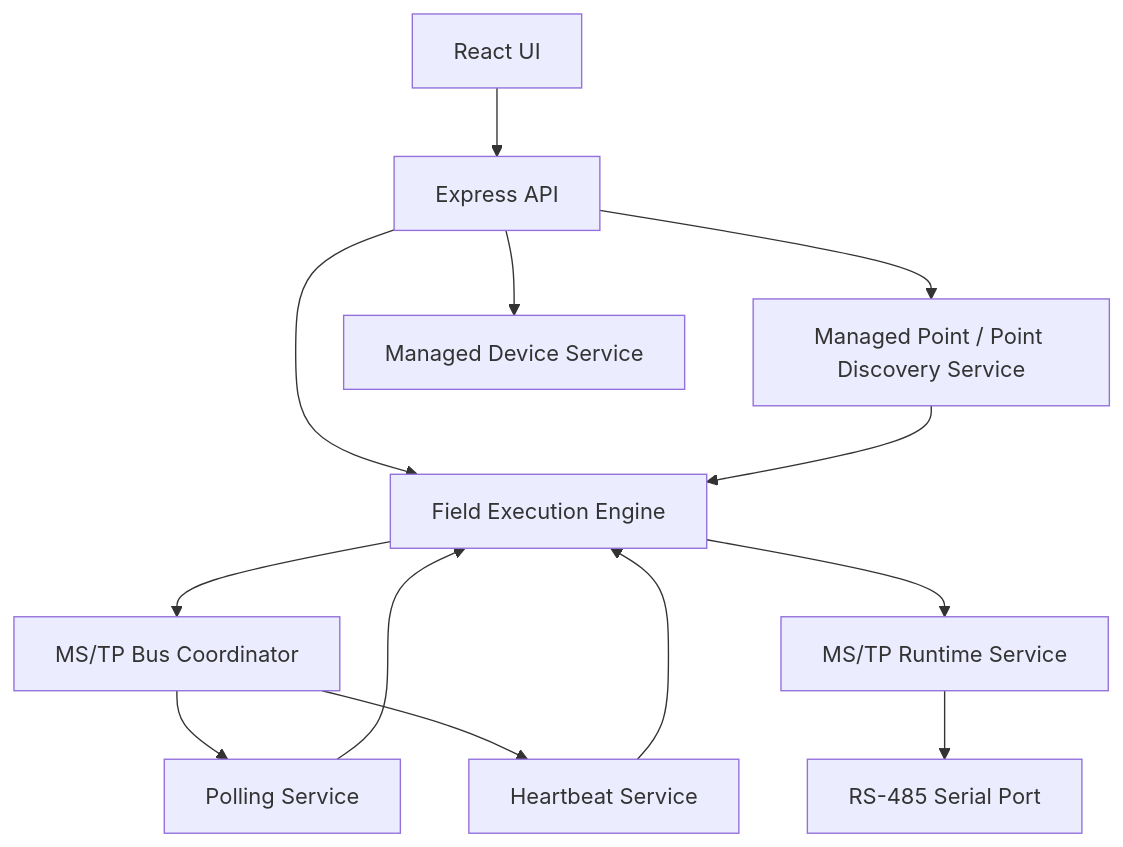
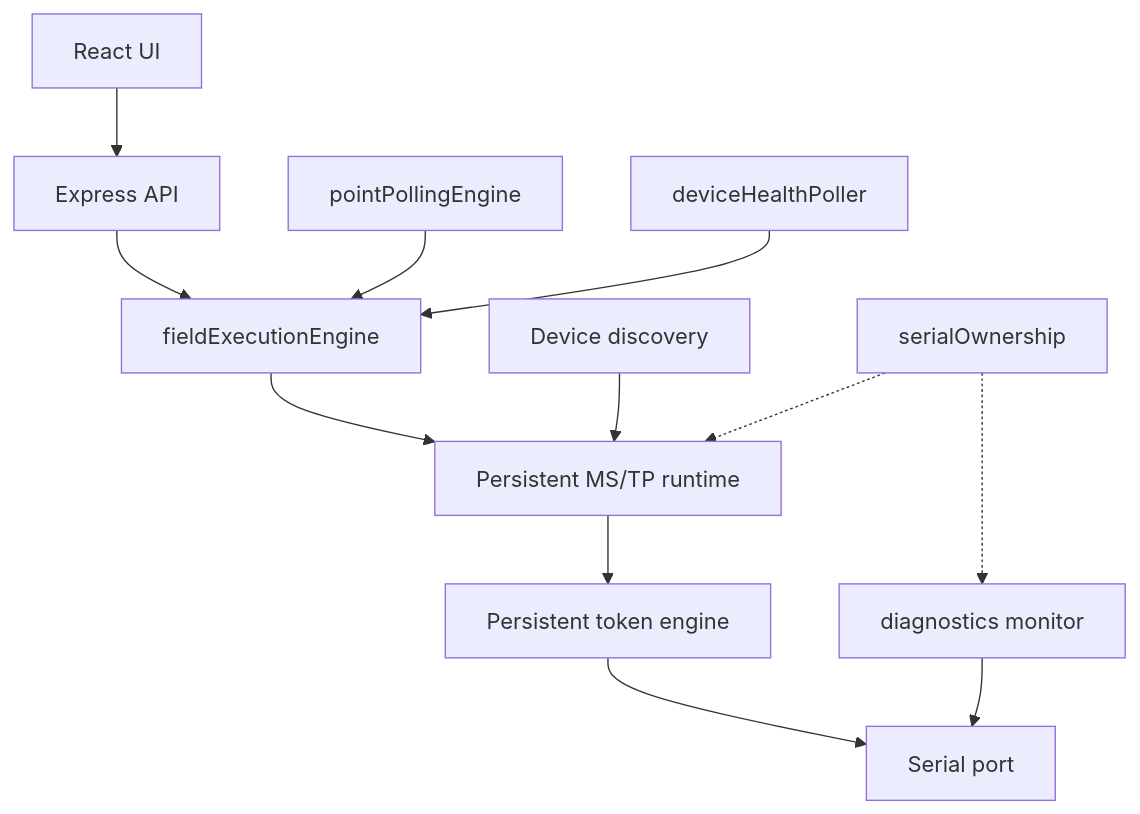
One commit to Reydel-Gutierrez/legion-sentry changed the diagram in docs/RUNTIME_ARCHITECTURE.md. Above: the diagram before and after it, drawn with Mermaid. The commit also changed other lines of this file and 24 other files, not shown here.

````diff
--- a/docs/RUNTIME_ARCHITECTURE.md
+++ b/docs/RUNTIME_ARCHITECTURE.md
@@ -208,26 +216,26 @@
 ```mermaid
-flowchart TD
+flowchart TB
     UI[React UI]
     API[Express API]
-    MP[Managed Point / Point Discovery Service]
-    MD[Managed Device Service]
-    HB[Heartbeat Service]
-    POLL[Polling Service]
-    FE[Field Execution Engine]
-    COORD[MS/TP Bus Coordinator]
-    RT[MS/TP Runtime Service]
-    SERIAL[RS-485 Serial Port]
+    FE[fieldExecutionEngine]
+    RT[Persistent MS/TP runtime]
+    TE[Persistent token engine]
+    SERIAL[Serial port]
+    POLL[pointPollingEngine]
+    HEALTH[deviceHealthPoller]
+    DISC[Device discovery]
+    OWN[serialOwnership]
+    DIAG[diagnostics monitor]
 
     UI --> API
-    API --> MP
-    API --> MD
     API --> FE
-    MP --> FE
-    HB --> FE
+    FE --> RT
+    RT --> TE
+    TE --> SERIAL
     POLL --> FE
-    FE --> COORD
-    FE --> RT
-    COORD --> POLL
-    COORD --> HB
-    RT --> SERIAL
+    HEALTH --> FE
+    DISC --> RT
+    OWN -.-> RT
+    OWN -.-> DIAG
+    DIAG --> SERIAL
 ```
````
